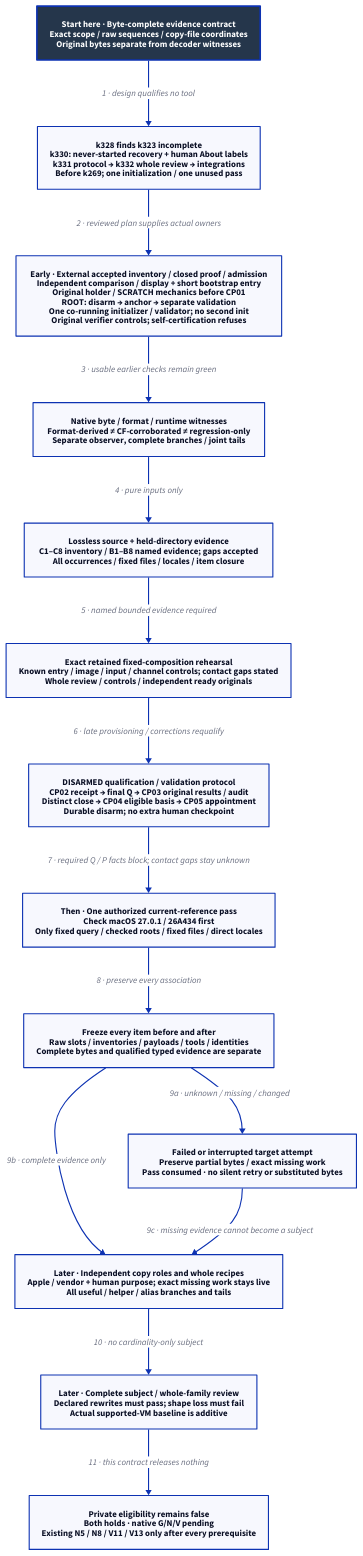
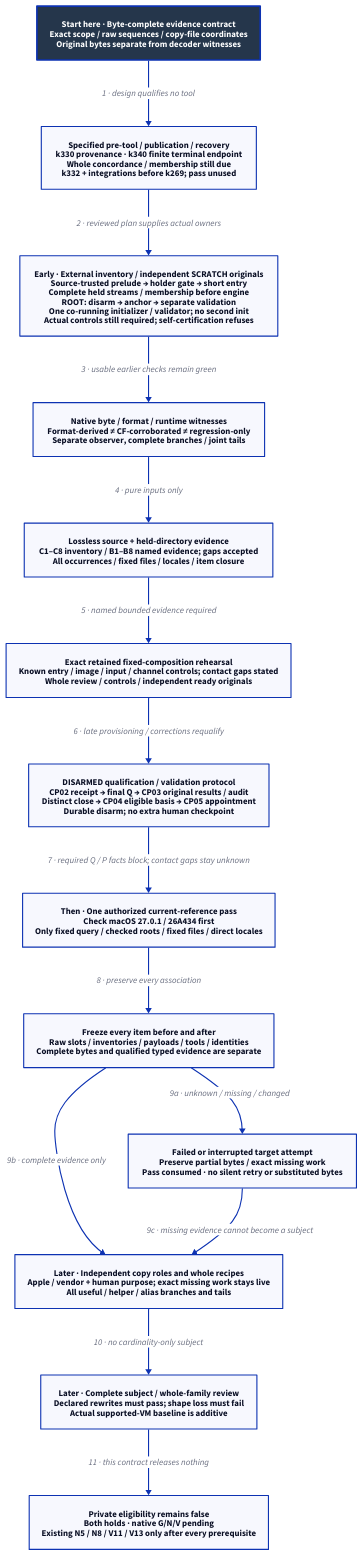
The diagram in docs/design/architecture/native-reference-evidence.d2 (Linkuistics/Koine), drawn with D2 before and after one commit. The commit also changed 34 other files, not shown here.

```diff
--- a/docs/design/architecture/native-reference-evidence.d2
+++ b/docs/design/architecture/native-reference-evidence.d2
@@ -1,31 +1,31 @@
-# Reviewed k323 proposal; k330/k331/k332 replacement and integrations precede k269.
+# Specified k331 mechanisms; whole concordance/membership and k332 review precede use.
 direction: down
 classes: {
   start: {style: {fill: "#25364B"; font-color: "#FFFFFF"; bold: true; stroke-width: 3}}
 }
 Start: "Start here · Byte-complete evidence contract\nExact scope / raw sequences / copy-file coordinates\nOriginal bytes separate from decoder witnesses" {class: start}
-Plan: "k328 finds k323 incomplete\nk330: never-started recovery + human About labels\nk331 protocol → k332 whole review → integrations\nBefore k269; one initialization / one unused pass"
-Replay: "Early · External accepted inventory / closed proof / admission\nIndependent comparison / display + short bootstrap entry\nOriginal holder / SCRATCH mechanics before CP01\nROOT: disarm → anchor → separate validation\nOne co-running initializer / validator; no second init\nOriginal verifier controls; self-certification refuses"
+Plan: "Specified pre-tool / publication / recovery\nk330 provenance · k340 finite terminal endpoint\nWhole concordance / membership still due\nk332 + integrations before k269; pass unused"
+Replay: "Early · External inventory / independent SCRATCH originals\nSource-trusted prelude → holder gate → short entry\nComplete held streams / membership before engine\nROOT: disarm → anchor → separate validation\nOne co-running initializer / validator; no second init\nActual controls still required; self-certification refuses"
 Decode: "Native byte / format / runtime witnesses\nFormat-derived ≠ CF-corroborated ≠ regression-only\nSeparate observer, complete branches / joint tails"
 Source: "Lossless source + held-directory evidence\nC1–C8 inventory / B1–B8 named evidence; gaps accepted\nAll occurrences / fixed files / locales / item closure"
 Pure: "Exact retained fixed-composition rehearsal\nKnown entry / image / input / channel controls; contact gaps stated\nWhole review / controls / independent ready originals"
 Authority: "DISARMED qualification / validation protocol\nCP02 receipt → final Q → CP03 original results / audit\nDistinct close → CP04 eligible basis → CP05 appointment\nDurable disarm; no extra human checkpoint"
 Pass: "Then · One authorized current-reference pass\nCheck macOS 27.0.1 / 26A434 first\nOnly fixed query / checked roots / fixed files / direct locales"
 Closure: "Freeze every item before and after\nRaw slots / inventories / payloads / tools / identities\nComplete bytes and qualified typed evidence are separate"
 Failed: "Failed or interrupted target attempt\nPreserve partial bytes / exact missing work\nPass consumed · no silent retry or substituted bytes"
 Roles: "Later · Independent copy roles and whole recipes\nApple / vendor + human purpose; exact missing work stays live\nAll useful / helper / alias branches and tails"
 Review: "Later · Complete subject / whole-family review\nDeclared rewrites must pass; shape loss must fail\nActual supported-VM baseline is additive"
 Hold: "Private eligibility remains false\nBoth holds · native G/N/V pending\nExisting N5 / N8 / V11 / V13 only after every prerequisite"
 Start -> Plan: "1 · design qualifies no tool"
 Plan -> Replay: "2 · reviewed plan supplies actual owners"
 Replay -> Decode: "3 · usable earlier checks remain green"
 Decode -> Source: "4 · pure inputs only"
 Source -> Pure: "5 · named bounded evidence required"
 Pure -> Authority: "6 · late provisioning / corrections requalify"
 Authority -> Pass: "7 · required Q / P facts block; contact gaps stay unknown"
 Pass -> Closure: "8 · preserve every association"
 Closure -> Failed: "9a · unknown / missing / changed"
 Closure -> Roles: "9b · complete evidence only"
 Failed -> Roles: "9c · missing evidence cannot become a subject"
 Roles -> Review: "10 · no cardinality-only subject"
 Review -> Hold: "11 · this contract releases nothing"
```
